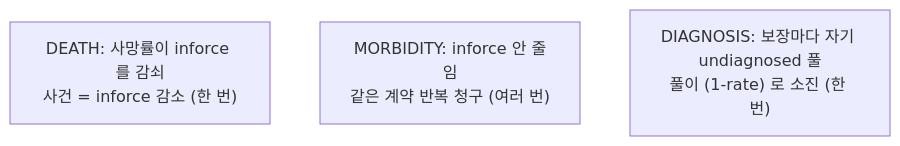
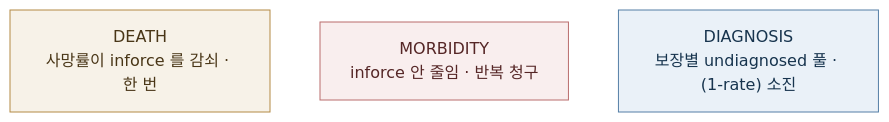
One commit to seokhoonj/fastcashflow changed the diagram in docs/cookbook/basics/coverage-mechanics.md. Above: the diagram before and after it, drawn with Mermaid. The commit also changed 14 other files, not shown here.

First line of the commit message:
docs: unify every diagram to one flowchart style and fix the brief/figure layout

````diff
--- a/docs/cookbook/basics/coverage-mechanics.md
+++ b/docs/cookbook/basics/coverage-mechanics.md
@@ -55,6 +55,12 @@
 ```{mermaid}
 flowchart TB
-    DEATH["DEATH: 사망률이 inforce 를 감쇠<br/>사건 = inforce 감소 (한 번)"]
-    MORB["MORBIDITY: inforce 안 줄임<br/>같은 계약 반복 청구 (여러 번)"]
-    DIAG["DIAGNOSIS: 보장마다 자기 undiagnosed 풀<br/>풀이 (1-rate) 로 소진 (한 번)"]
+    DEATH["DEATH<br/>사망률이 inforce 를 감쇠 · 한 번"]
+    MORB["MORBIDITY<br/>inforce 안 줄임 · 반복 청구"]
+    DIAG["DIAGNOSIS<br/>보장별 undiagnosed 풀 · (1-rate) 소진"]
+    classDef stock fill:#eaf1f8,stroke:#547fa6,color:#17344e
+    classDef outflow fill:#f9eeee,stroke:#b96d6d,color:#552626
+    classDef step fill:#f7f2e8,stroke:#b38a45,color:#493617
+    class DEATH step
+    class MORB outflow
+    class DIAG stock
 ```
````
